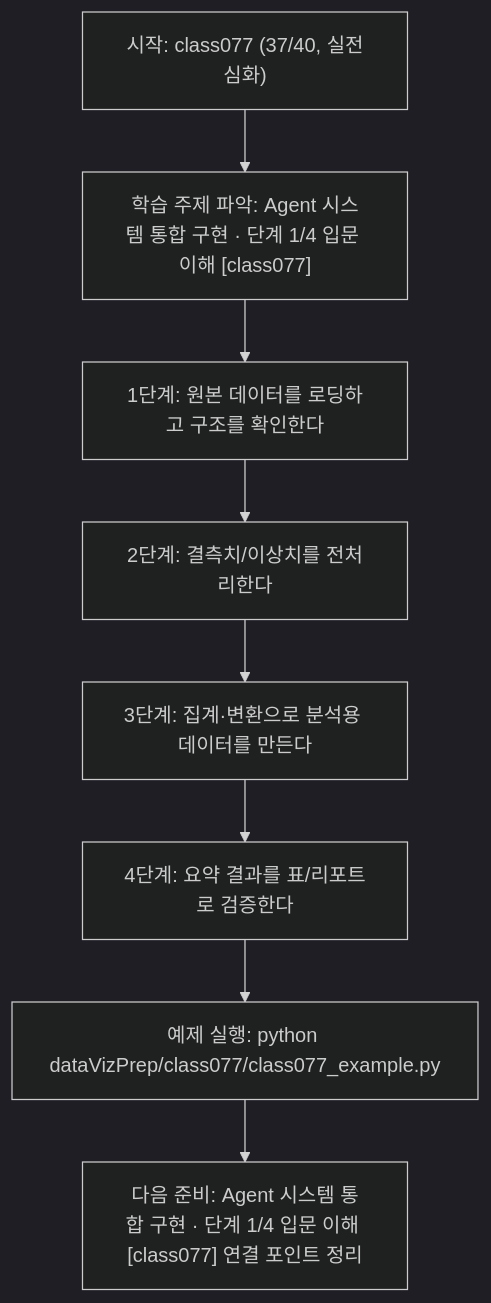
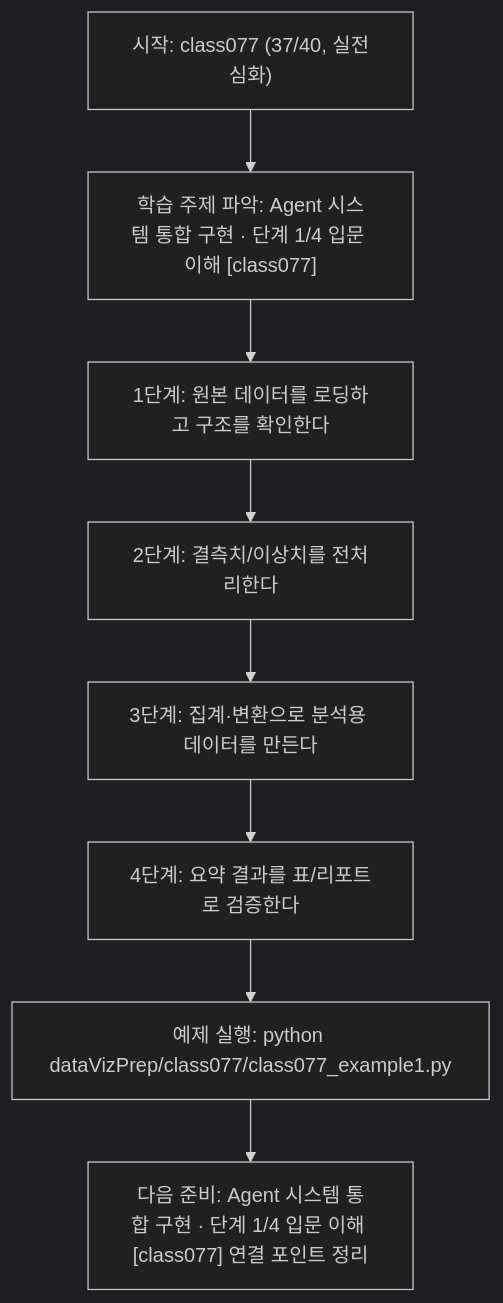
Before and after one commit to edumgt/Python-AI_Agent-Class: the diagram in dataVizPrep/class077/class077.md, drawn with Mermaid (dark theme). The commit also changed other lines of this file and 2959 other files, not shown here.

````diff
--- a/dataVizPrep/class077/class077.md
+++ b/dataVizPrep/class077/class077.md
@@ -112,18 +112,18 @@
 ```mermaid
 flowchart TD
 N1["시작: class077 (37/40, 실전심화)"]
 N2["학습 주제 파악: Agent 시스템 통합 구현 · 단계 1/4 입문 이해 [class077]"]
 N3["1단계: 원본 데이터를 로딩하고 구조를 확인한다"]
 N4["2단계: 결측치/이상치를 전처리한다"]
 N5["3단계: 집계·변환으로 분석용 데이터를 만든다"]
 N6["4단계: 요약 결과를 표/리포트로 검증한다"]
-N7["예제 실행: python dataVizPrep/class077/class077_example.py"]
+N7["예제 실행: python dataVizPrep/class077/class077_example1.py"]
 N8["다음 준비: Agent 시스템 통합 구현 · 단계 1/4 입문 이해 [class077] 연결 포인트 정리"]
 N1 --> N2
 N2 --> N3
 N3 --> N4
 N4 --> N5
 N5 --> N6
 N6 --> N7
 N7 --> N8
 ```
````
